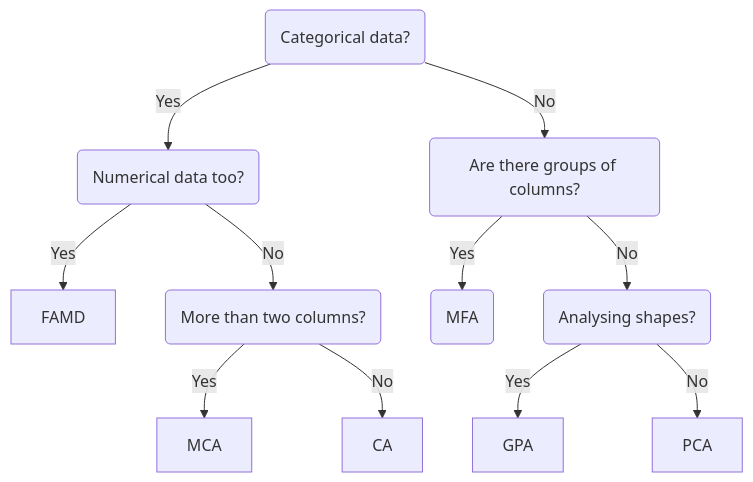
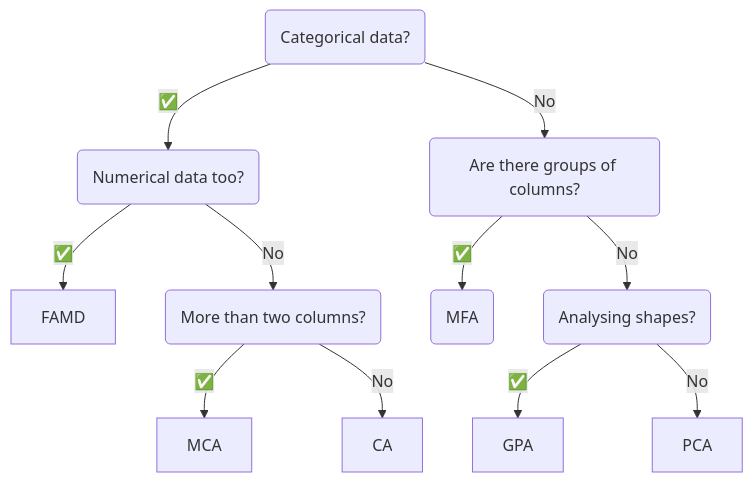
The diagram in README.md (MaxHalford/prince), drawn with Mermaid before and after one commit.

````diff
--- a/README.md
+++ b/README.md
@@ -86,13 +86,13 @@
 ```mermaid
 flowchart TD
-    cat?(Categorical data?) --> |Yes| num_too?(Numerical data too?)
-    num_too? --> |Yes| FAMD
+    cat?(Categorical data?) --> |"✅"| num_too?(Numerical data too?)
+    num_too? --> |"✅"| FAMD
     num_too? --> |No| multiple_cat?(More than two columns?)
-    multiple_cat? --> |Yes| MCA
+    multiple_cat? --> |"✅"| MCA
     multiple_cat? --> |No| CA
     cat? --> |No| groups?(Are there groups of columns?)
-    groups? --> |Yes| groups(MFA)
+    groups? --> |"✅"| groups(MFA)
     groups? --> |No| shapes?(Analysing shapes?)
-    shapes? --> |Yes| GPA
+    shapes? --> |"✅"| GPA
     shapes? --> |No| PCA
 ```
````
